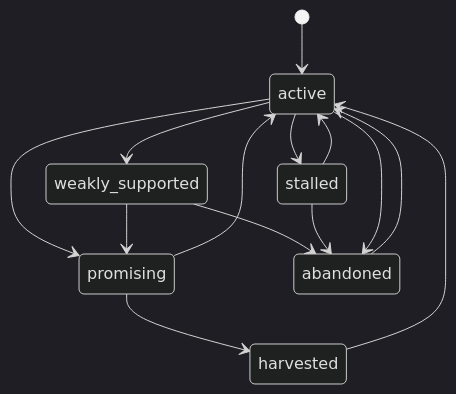
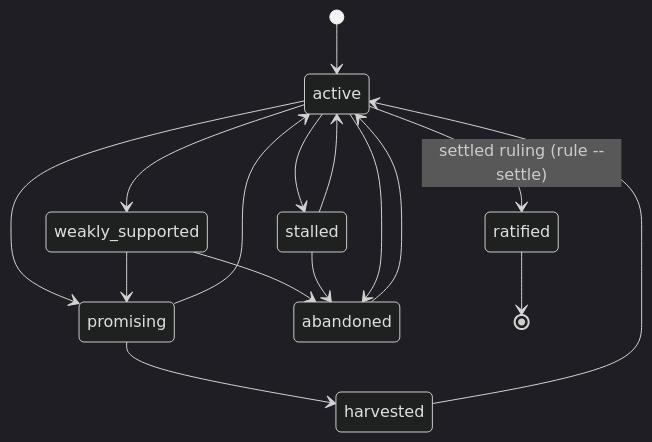
The third of 3 diagrams in README.md (albeorla/sparkle), drawn with Mermaid (dark theme) before and after one commit. The commit also changed other lines of this file and 9 other files, not shown here.

````diff
--- a/README.md
+++ b/README.md
@@ -256,16 +288,18 @@
 ```mermaid
 stateDiagram-v2
     [*] --> active
     active --> promising
     active --> stalled
     active --> weakly_supported
     weakly_supported --> promising
     weakly_supported --> abandoned
     stalled --> active
     stalled --> abandoned
     promising --> harvested
     promising --> active
     harvested --> active
     active --> abandoned
     abandoned --> active
+    active --> ratified : settled ruling (rule --settle)
+    ratified --> [*]
 ```
````
